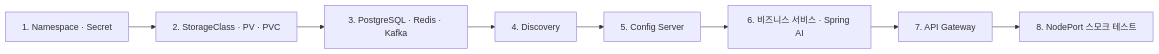
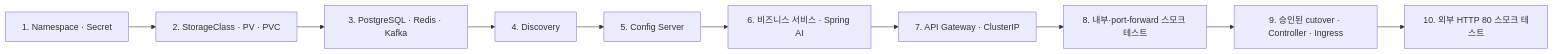
The third of 3 diagrams in docs/architecture/kubernetes.md (prgrms-be-adv-devcourse/beadv6_6_3JMT_BE), drawn with Mermaid before and after one commit. The commit also changed other lines of this file, not shown here.

Commit message:
docs: Kubernetes 패키지와 Ingress 설계 갱신 (#340)

````diff
--- a/docs/architecture/kubernetes.md
+++ b/docs/architecture/kubernetes.md
@@ -591,10 +656,12 @@
 ```mermaid
 flowchart LR
     A["1. Namespace · Secret"] --> B["2. StorageClass · PV · PVC"]
     B --> C["3. PostgreSQL · Redis · Kafka"]
     C --> D["4. Discovery"]
     D --> E["5. Config Server"]
     E --> F["6. 비즈니스 서비스 · Spring AI"]
-    F --> G["7. API Gateway"]
-    G --> H["8. NodePort 스모크 테스트"]
+    F --> G["7. API Gateway · ClusterIP"]
+    G --> H["8. 내부·port-forward 스모크 테스트"]
+    H --> I["9. 승인된 cutover · Controller · Ingress"]
+    I --> J["10. 외부 HTTP 80 스모크 테스트"]
 ```
````
